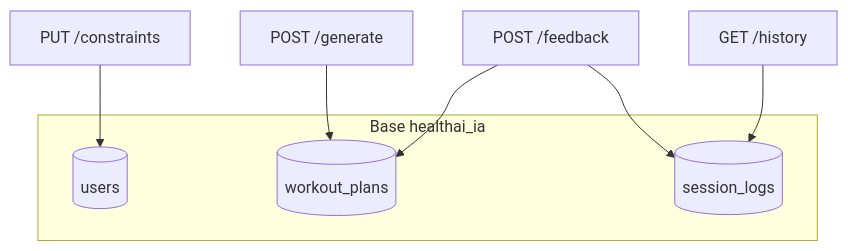
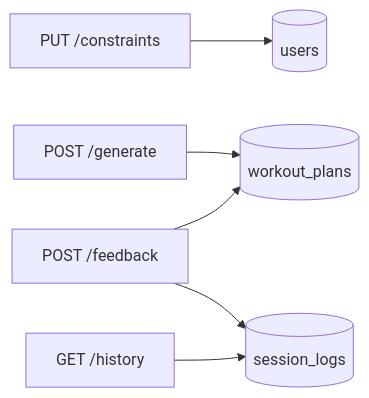
Before and after one commit to benoitCollado/HEALTHAIMSRP: diagram 13 of 16 in microservice_ia/docs/DOCUMENTATION_TECHNIQUE.md, drawn with Mermaid. The commit also changed other lines of this file and 12 other files, not shown here.

````diff
--- a/microservice_ia/docs/DOCUMENTATION_TECHNIQUE.md
+++ b/microservice_ia/docs/DOCUMENTATION_TECHNIQUE.md
@@ -792,14 +835,8 @@
 ```mermaid
-flowchart TB
-    subgraph collections [Base healthai_ia]
-        U[(users)]
-        WP[(workout_plans)]
-        SL[(session_logs)]
-    end
-
-    PUT_C[PUT /constraints] --> U
-    GEN[POST /generate] --> WP
-    FB[POST /feedback] --> SL
+flowchart LR
+    PUT_C[PUT /constraints] --> U[(users)]
+    GEN[POST /generate] --> WP[(workout_plans)]
+    FB[POST /feedback] --> SL[(session_logs)]
     FB --> WP
     HIST[GET /history] --> SL
 ```
````
